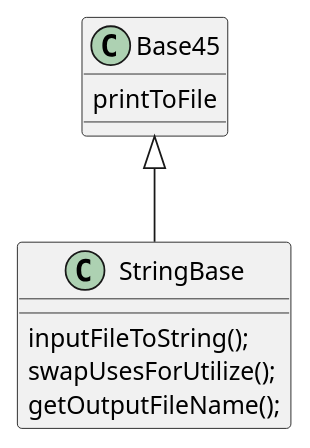
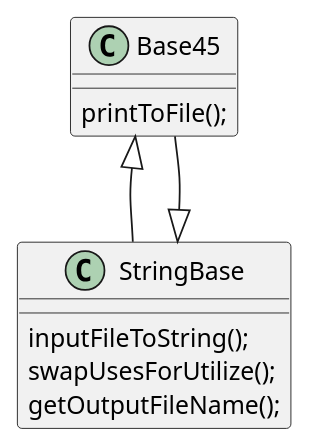
The diagram in src/main/java/ex45/base/EX45.puml (joshfeds/Federman-cop3330-assignment3), drawn with PlantUML before and after one commit. The commit also changed 41 other files, not shown here.

```diff
--- a/src/main/java/ex45/base/EX45.puml
+++ b/src/main/java/ex45/base/EX45.puml
@@ -1,17 +1,17 @@
 @startuml
 'https://plantuml.com/class-diagram
 
 
 Base45 <|-- StringBase
-
+StringBase <|-- Base45
 
 class Base45 {
-printToFile
+printToFile();
 }
 class StringBase{
 inputFileToString();
 swapUsesForUtilize();
 getOutputFileName();
 }
 
 @enduml
```
